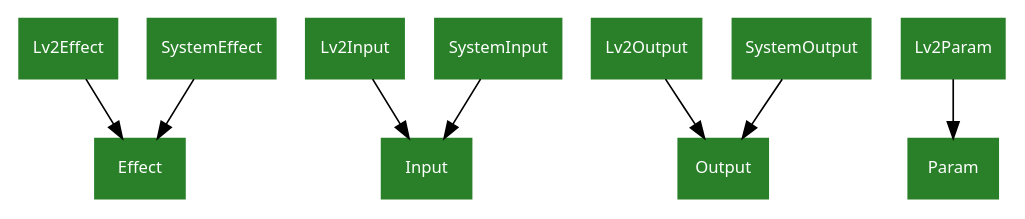
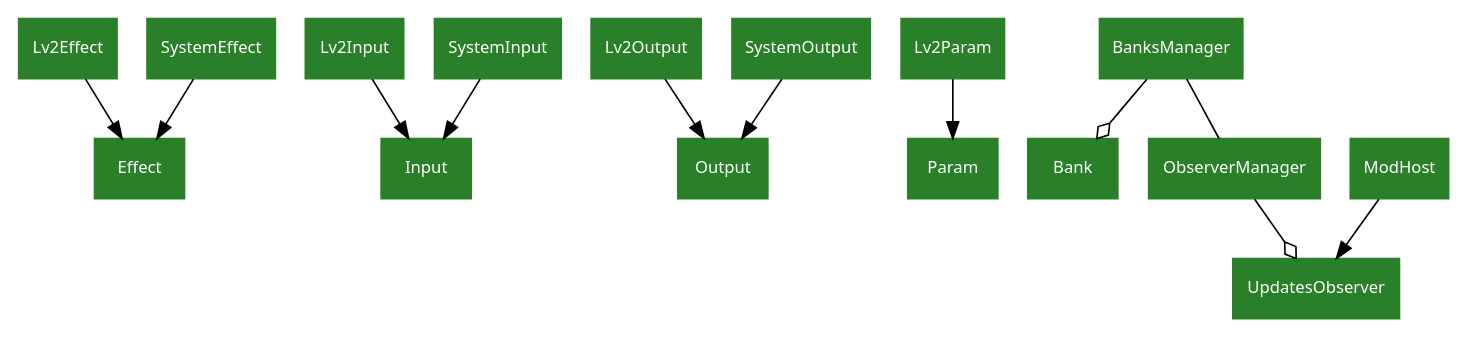
Before and after one commit to PedalPi/PluginsManager: the second of 2 diagrams in docs/source/model.rst, drawn with Graphviz. The commit also changed other lines of this file and 19 other files, not shown here.

```diff
--- a/docs/source/model.rst
+++ b/docs/source/model.rst
@@ -20,16 +20,21 @@
 .. graphviz::
 
    digraph classes {
        graph [rankdir=TB];
        node [shape=rect, style=filled, color="#298029", fontname=Sans, fontcolor="#ffffff", fontsize=10];
        Lv2Effect->Effect;
        SystemEffect->Effect;
 
        Lv2Input->Input;
        SystemInput->Input;
 
        Lv2Output->Output;
        SystemOutput->Output;
 
        Lv2Param->Param;
+
+       BanksManager->Bank [dir="forward", arrowhead="odiamond", arrowtail="normal"];
+       BanksManager->ObserverManager [dir="forward", arrowhead="none", arrowtail="normal"];
+       ObserverManager->UpdatesObserver [dir="forward", arrowhead="odiamond", arrowtail="normal"];
+       ModHost->UpdatesObserver
    }
```
